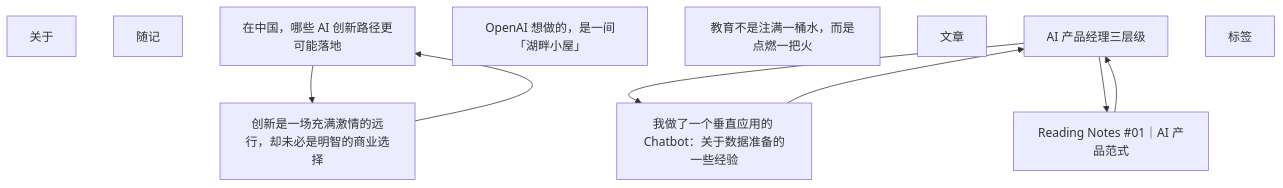
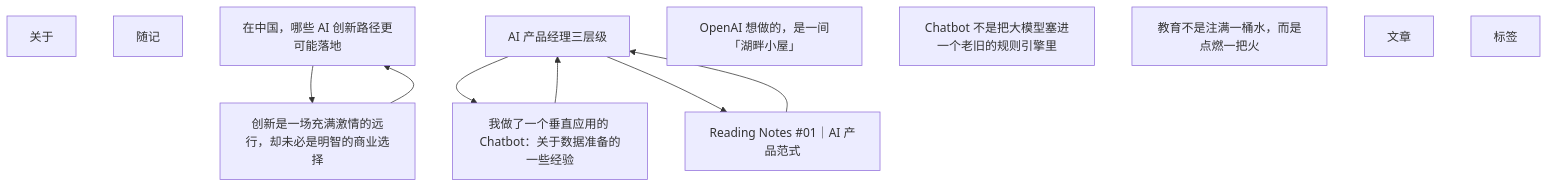
One commit to Zhao-Huazhou/Zhao-Huazhou.github.io changed the diagram in tools/site-graph/out/graph.mmd. Above: the diagram before and after it, drawn with Mermaid. The commit also changed 4 other files, not shown here.

```diff
--- a/tools/site-graph/out/graph.mmd
+++ b/tools/site-graph/out/graph.mmd
@@ -1,19 +1,20 @@
 graph TD
   N78e943079d["关于"]
   Na0a31ebd9a["随记"]
   Ne000fcda21["在中国，哪些 AI 创新路径更可能落地"]
+  N868785f5d6["AI 产品经理三层级"]
   Nf315e5e460[" OpenAI 想做的，是一间「湖畔小屋」"]
+  N509e8a98c6["Chatbot 不是把大模型塞进一个老旧的规则引擎里"]
   N4e55722e29["教育不是注满一桶水，而是点燃一把火"]
   N81228a8674["文章"]
-  Nd9b0762f80["AI 产品经理三层级"]
   Nce81f5d37d["我做了一个垂直应用的 Chatbot：关于数据准备的一些经验"]
   N6f056b8004["创新是一场充满激情的远行，却未必是明智的商业选择"]
   N10154a9e49["Reading Notes #01｜AI 产品范式"]
   N0ecf656713["标签"]
 
   Ne000fcda21 --> N6f056b8004
-  Nd9b0762f80 --> Nce81f5d37d
-  Nd9b0762f80 --> N10154a9e49
-  Nce81f5d37d --> Nd9b0762f80
+  N868785f5d6 --> Nce81f5d37d
+  N868785f5d6 --> N10154a9e49
+  Nce81f5d37d --> N868785f5d6
   N6f056b8004 --> Ne000fcda21
-  N10154a9e49 --> Nd9b0762f80
+  N10154a9e49 --> N868785f5d6
```
